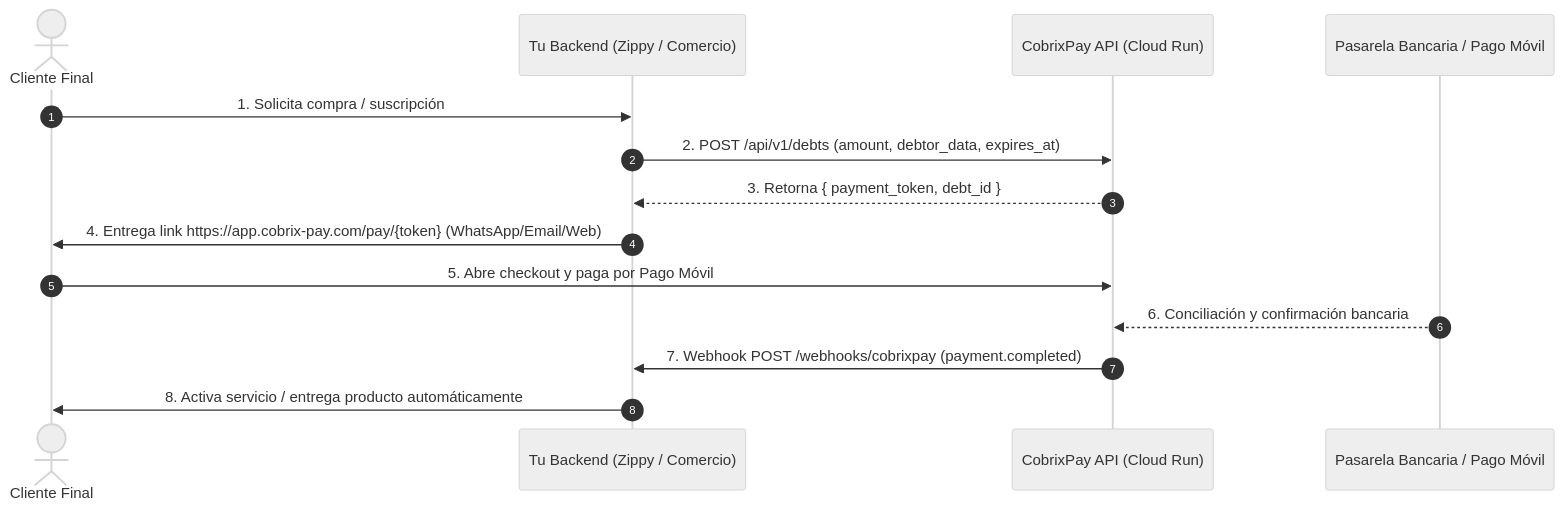
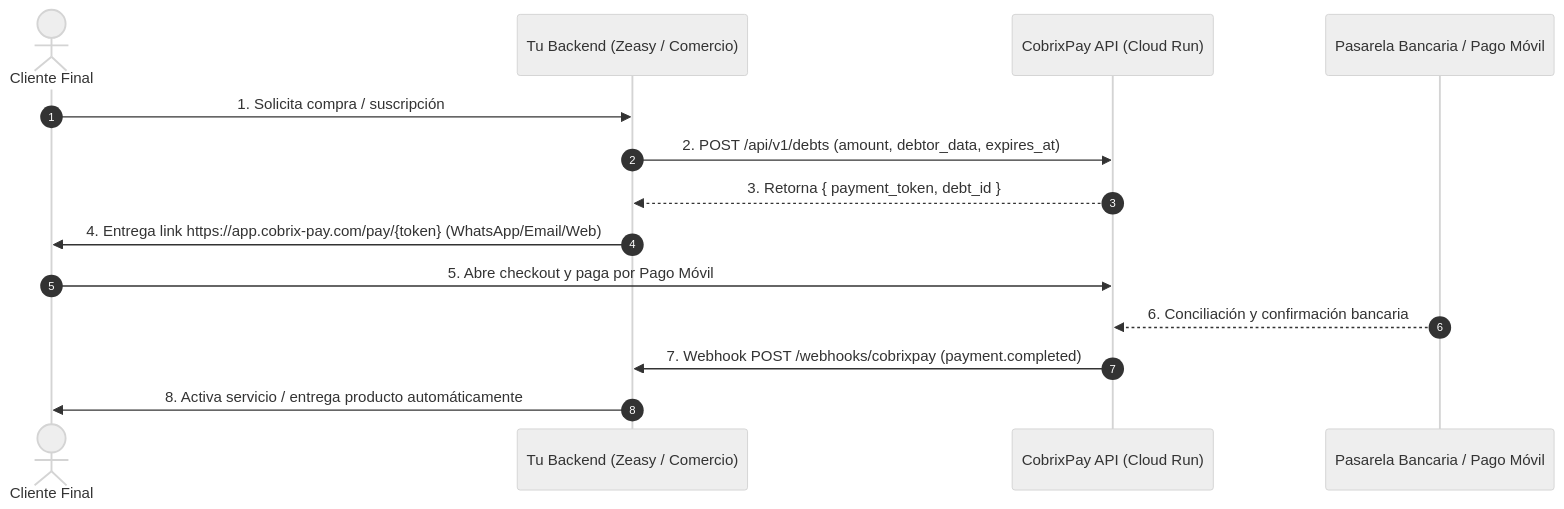
One commit to ildecarzap/zippy changed the diagram in GUIA_INTEGRACION_COBRIXPAY.md. Above: the diagram before and after it, drawn with Mermaid (neutral theme). The commit also changed other lines of this file and 67 other files, not shown here.

First line of the commit message:
feat(rebrand): rebrand Zippy a Zeasy v1.3.0, actualización de nombres en web y app, y nuevo logo mate

````diff
--- a/GUIA_INTEGRACION_COBRIXPAY.md
+++ b/GUIA_INTEGRACION_COBRIXPAY.md
@@ -10,17 +10,17 @@
 ```mermaid
 sequenceDiagram
     autonumber
     actor Cliente as Cliente Final
-    participant Comercio as Tu Backend (Zippy / Comercio)
+    participant Comercio as Tu Backend (Zeasy / Comercio)
     participant CobrixPay as CobrixPay API (Cloud Run)
     participant Banco as Pasarela Bancaria / Pago Móvil
 
     Cliente->>Comercio: 1. Solicita compra / suscripción
     Comercio->>CobrixPay: 2. POST /api/v1/debts (amount, debtor_data, expires_at)
     CobrixPay-->>Comercio: 3. Retorna { payment_token, debt_id }
     Comercio->>Cliente: 4. Entrega link https://app.cobrix-pay.com/pay/{token} (WhatsApp/Email/Web)
     Cliente->>CobrixPay: 5. Abre checkout y paga por Pago Móvil
     Banco-->>CobrixPay: 6. Conciliación y confirmación bancaria
     CobrixPay->>Comercio: 7. Webhook POST /webhooks/cobrixpay (payment.completed)
     Comercio->>Cliente: 8. Activa servicio / entrega producto automáticamente
 ```
````
